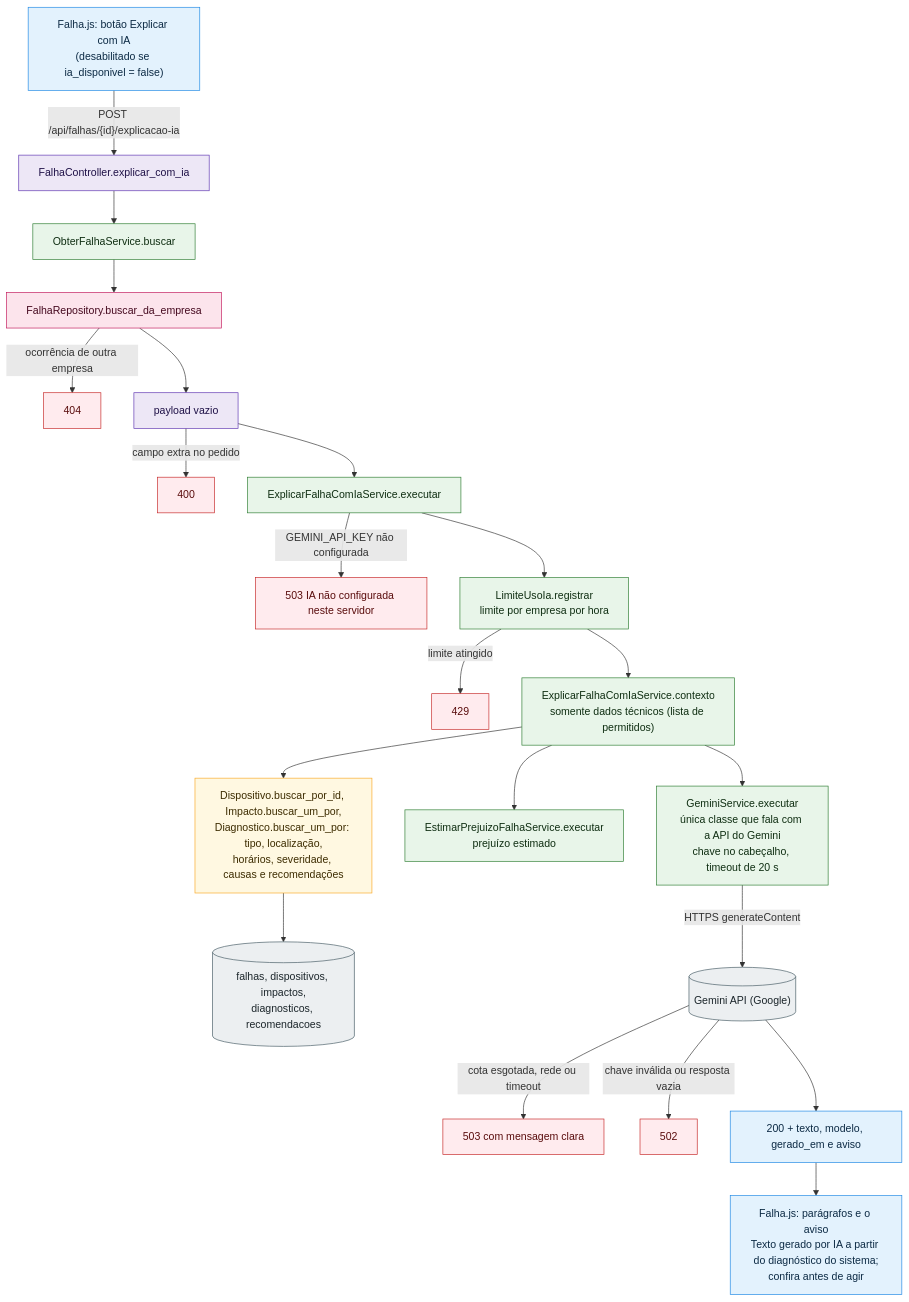
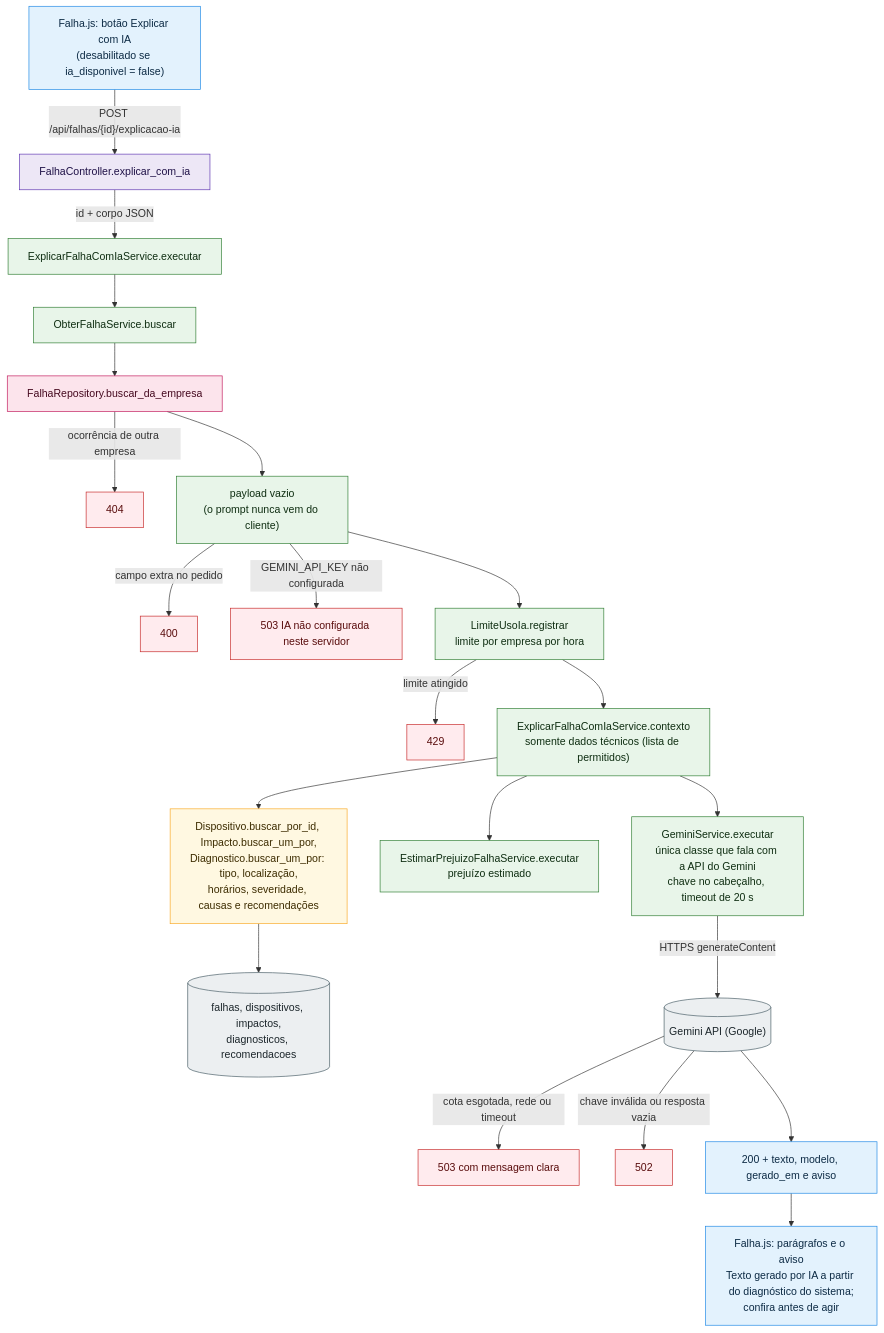
Before and after one commit to MarceloRodriguesDoNascimento/EdgeHealth: the seventh of 7 diagrams in docs/fluxogramas.md, drawn with Mermaid. The commit also changed other lines of this file and 14 other files, not shown here.

First line of the commit message:
Um Service por método de Controller e roteiro do vídeo de demonstração

````diff
--- a/docs/fluxogramas.md
+++ b/docs/fluxogramas.md
@@ -254,30 +253,30 @@
 ```mermaid
 flowchart TD
     T["Falha.js: botão Explicar com IA<br/>(desabilitado se ia_disponivel = false)"]:::tela -->|"POST /api/falhas/{id}/explicacao-ia"| C["FalhaController.explicar_com_ia"]:::ctrl
-    C --> O["ObterFalhaService.buscar"]:::svc
+    C -->|"id + corpo JSON"| S["ExplicarFalhaComIaService.executar"]:::svc
+    S --> O["ObterFalhaService.buscar"]:::svc
     O --> R1["FalhaRepository.buscar_da_empresa"]:::repo
     R1 -->|"ocorrência de outra empresa"| E404["404"]:::erro
-    R1 --> P["payload vazio"]:::ctrl
+    R1 --> P["payload vazio<br/>(o prompt nunca vem do cliente)"]:::svc
     P -->|"campo extra no pedido"| E400["400"]:::erro
-    P --> S["ExplicarFalhaComIaService.executar"]:::svc
-    S -->|"GEMINI_API_KEY não configurada"| E503a["503 IA não configurada neste servidor"]:::erro
-    S --> L["LimiteUsoIa.registrar<br/>limite por empresa por hora"]:::svc
+    P -->|"GEMINI_API_KEY não configurada"| E503a["503 IA não configurada neste servidor"]:::erro
+    P --> L["LimiteUsoIa.registrar<br/>limite por empresa por hora"]:::svc
     L -->|"limite atingido"| E429["429"]:::erro
     L --> CT["ExplicarFalhaComIaService.contexto<br/>somente dados técnicos (lista de permitidos)"]:::svc
     CT --> M["Dispositivo.buscar_por_id, Impacto.buscar_um_por,<br/>Diagnostico.buscar_um_por: tipo, localização,<br/>horários, severidade, causas e recomendações"]:::model
     CT --> PR["EstimarPrejuizoFalhaService.executar<br/>prejuízo estimado"]:::svc
     M --> B[("falhas, dispositivos, impactos,<br/>diagnosticos, recomendacoes")]:::banco
     CT --> G["GeminiService.executar<br/>única classe que fala com a API do Gemini<br/>chave no cabeçalho, timeout de 20 s"]:::svc
     G -->|"HTTPS generateContent"| API[("Gemini API (Google)")]:::banco
     API -->|"cota esgotada, rede ou timeout"| E503b["503 com mensagem clara"]:::erro
     API -->|"chave inválida ou resposta vazia"| E502["502"]:::erro
     API --> OK["200 + texto, modelo, gerado_em e aviso"]:::tela
     OK --> T2["Falha.js: parágrafos e o aviso<br/>Texto gerado por IA a partir do diagnóstico do sistema;<br/>confira antes de agir"]:::tela
     classDef tela fill:#e3f2fd,stroke:#1e88e5,color:#0d2b45
     classDef ctrl fill:#ede7f6,stroke:#5e35b1,color:#1f1147
     classDef svc fill:#e8f5e9,stroke:#2e7d32,color:#0f2e12
     classDef model fill:#fff8e1,stroke:#f9a825,color:#3d2c00
     classDef repo fill:#fce4ec,stroke:#c2185b,color:#45091f
     classDef banco fill:#eceff1,stroke:#455a64,color:#1c262b
     classDef erro fill:#ffebee,stroke:#c62828,color:#5a0d0d
 ```
````
